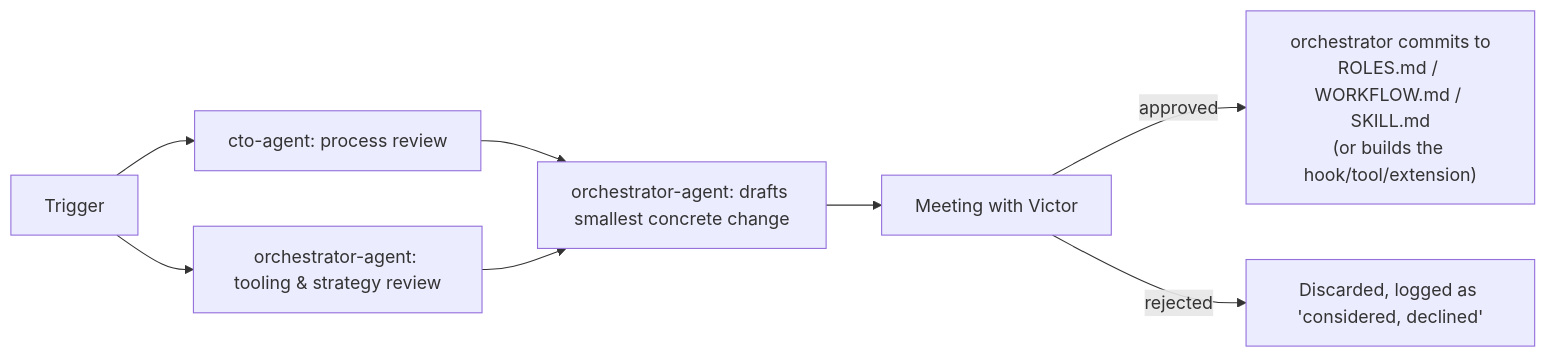
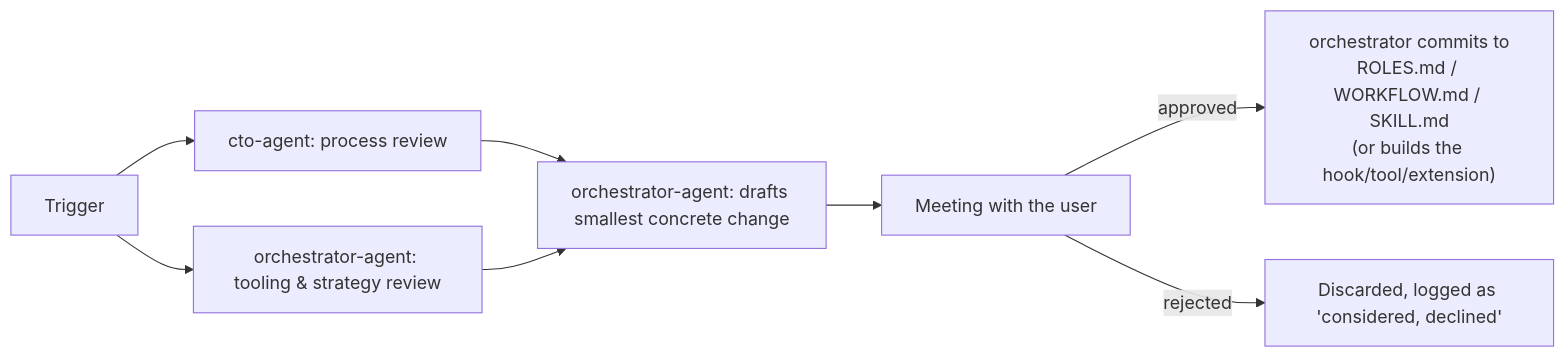
The second of 2 diagrams in seed/skills/dev-team/WORKFLOW.md (VictorTomaili/agent-cli), drawn with Mermaid before and after one commit. The commit also changed other lines of this file and 8 other files, not shown here.

````diff
--- a/seed/skills/dev-team/WORKFLOW.md
+++ b/seed/skills/dev-team/WORKFLOW.md
@@ -94,10 +94,10 @@
 ```mermaid
 flowchart LR
     T["Trigger"] --> P["cto-agent: process review"]
     T --> S["orchestrator-agent: tooling & strategy review"]
     P --> D["orchestrator-agent: drafts smallest concrete change"]
     S --> D
-    D --> M["Meeting with Victor"]
+    D --> M["Meeting with the user"]
     M -- approved --> C["orchestrator commits to\nROLES.md / WORKFLOW.md / SKILL.md\n(or builds the hook/tool/extension)"]
     M -- rejected --> X["Discarded, logged as 'considered, declined'"]
 ```
````
